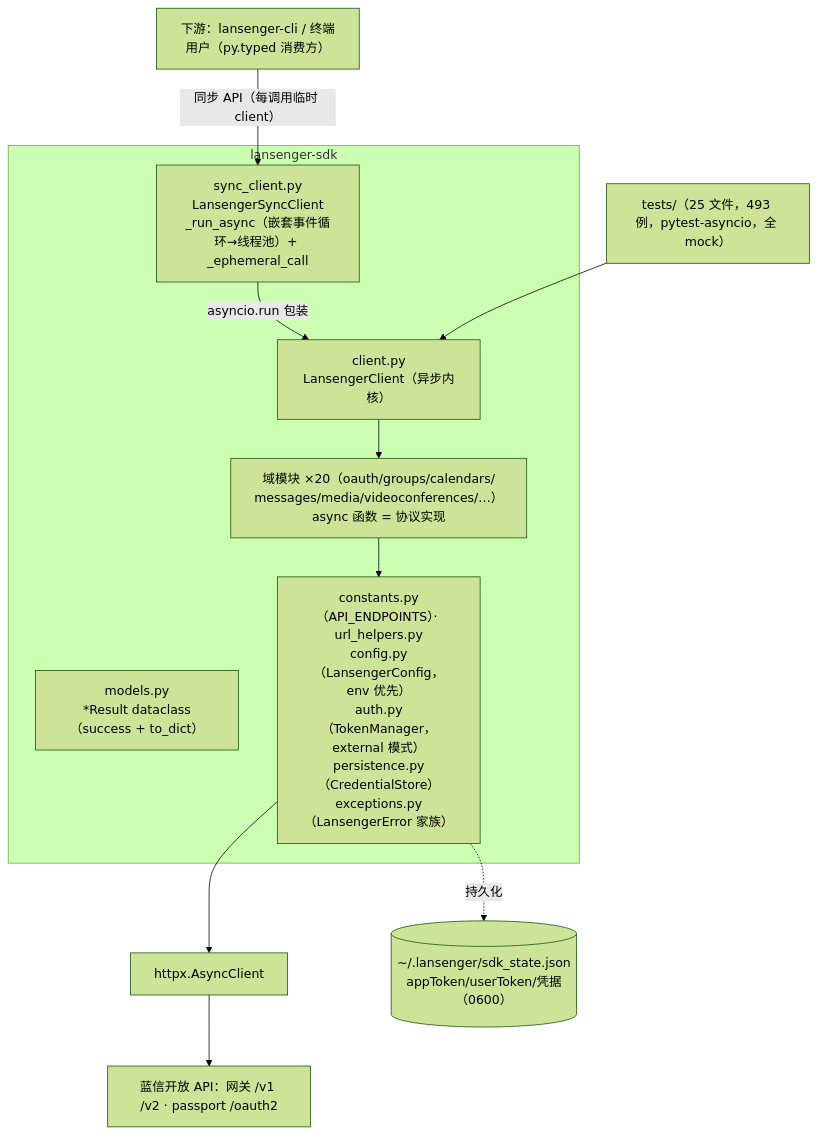
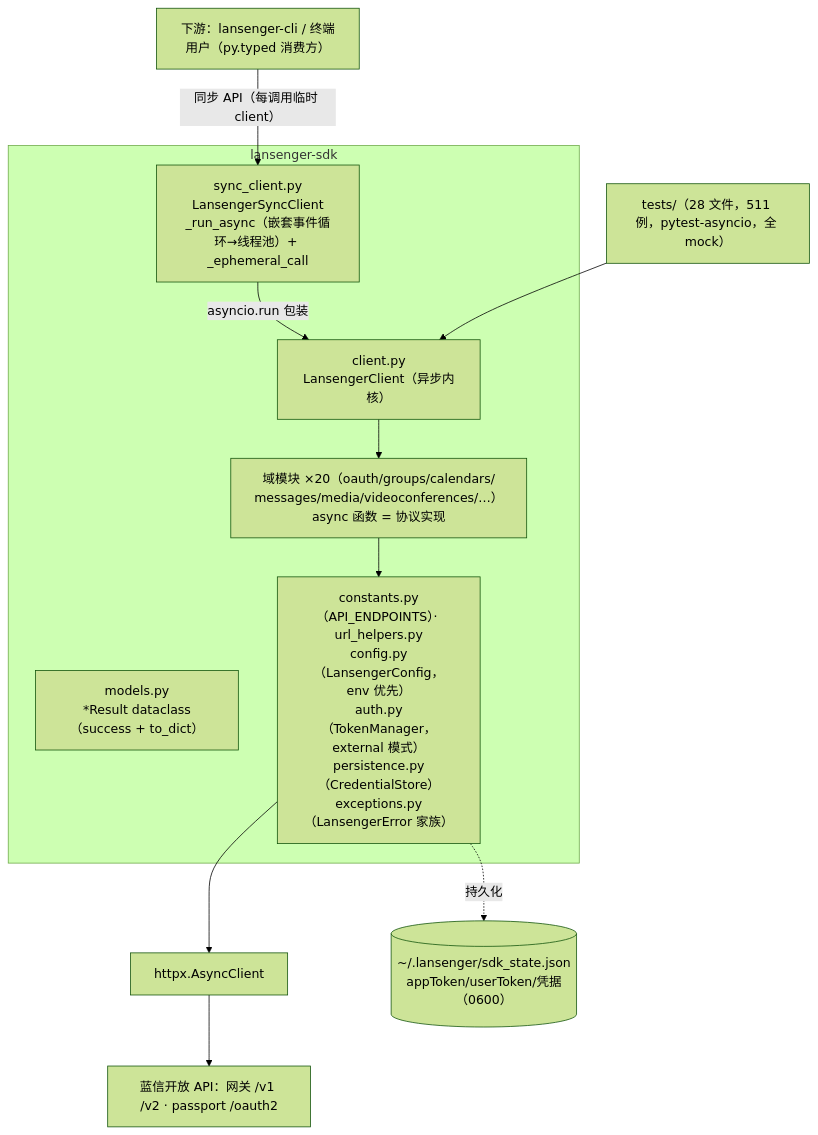
The diagram in docs/architecture.md (lansenger-pm/lansenger-sdk-python), drawn with Mermaid (forest theme) before and after one commit. The commit also changed other lines of this file and 11 other files, not shown here.

````diff
--- a/docs/architecture.md
+++ b/docs/architecture.md
@@ -8,20 +8,20 @@
 ```mermaid
 flowchart TD
     U["下游：lansenger-cli / 终端用户（py.typed 消费方）"]
 
     subgraph SDK包["lansenger-sdk"]
         SYNC["sync_client.py<br/>LansengerSyncClient<br/>_run_async（嵌套事件循环→线程池）+ _ephemeral_call"]
         CLIENT["client.py<br/>LansengerClient（异步内核）"]
         DOMAINS["域模块 ×20（oauth/groups/calendars/<br/>messages/media/videoconferences/…）<br/>async 函数 = 协议实现"]
         MODELS["models.py<br/>*Result dataclass（success + to_dict）"]
         INFRA["constants.py（API_ENDPOINTS）· url_helpers.py<br/>config.py（LansengerConfig，env 优先）<br/>auth.py（TokenManager，external 模式）<br/>persistence.py（CredentialStore）<br/>exceptions.py（LansengerError 家族）"]
     end
 
     HTTP["httpx.AsyncClient"]
     API["蓝信开放 API：网关 /v1 /v2 · passport /oauth2"]
 
     U -->|"同步 API（每调用临时 client）"| SYNC -->|"asyncio.run 包装"| CLIENT
     CLIENT --> DOMAINS --> INFRA --> HTTP --> API
     INFRA -.持久化.-> STORE[("~/.lansenger/sdk_state.json<br/>appToken/userToken/凭据（0600）")]
-    TESTS["tests/（25 文件，493 例，pytest-asyncio，全 mock）"] --> CLIENT
+    TESTS["tests/（28 文件，511 例，pytest-asyncio，全 mock）"] --> CLIENT
 ```
````
